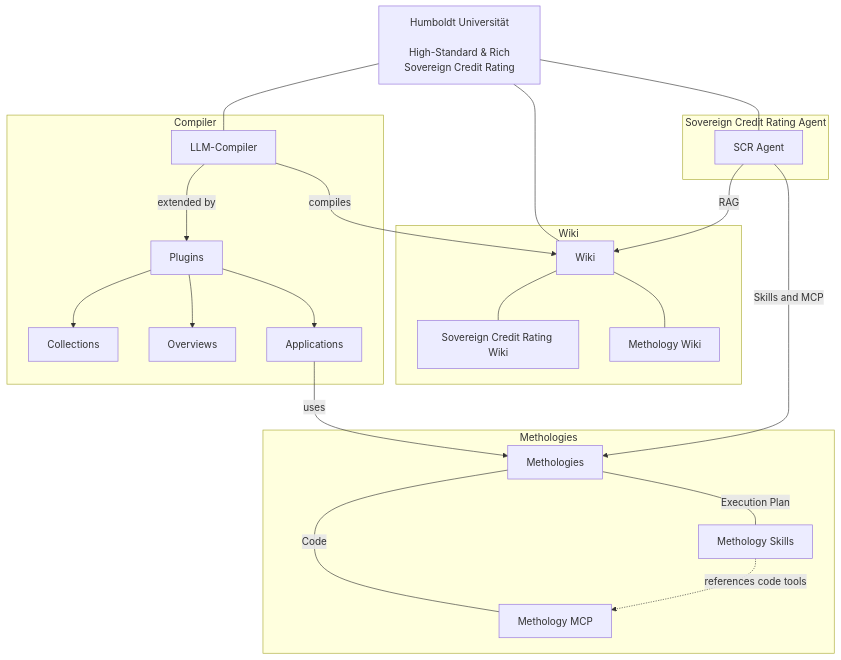
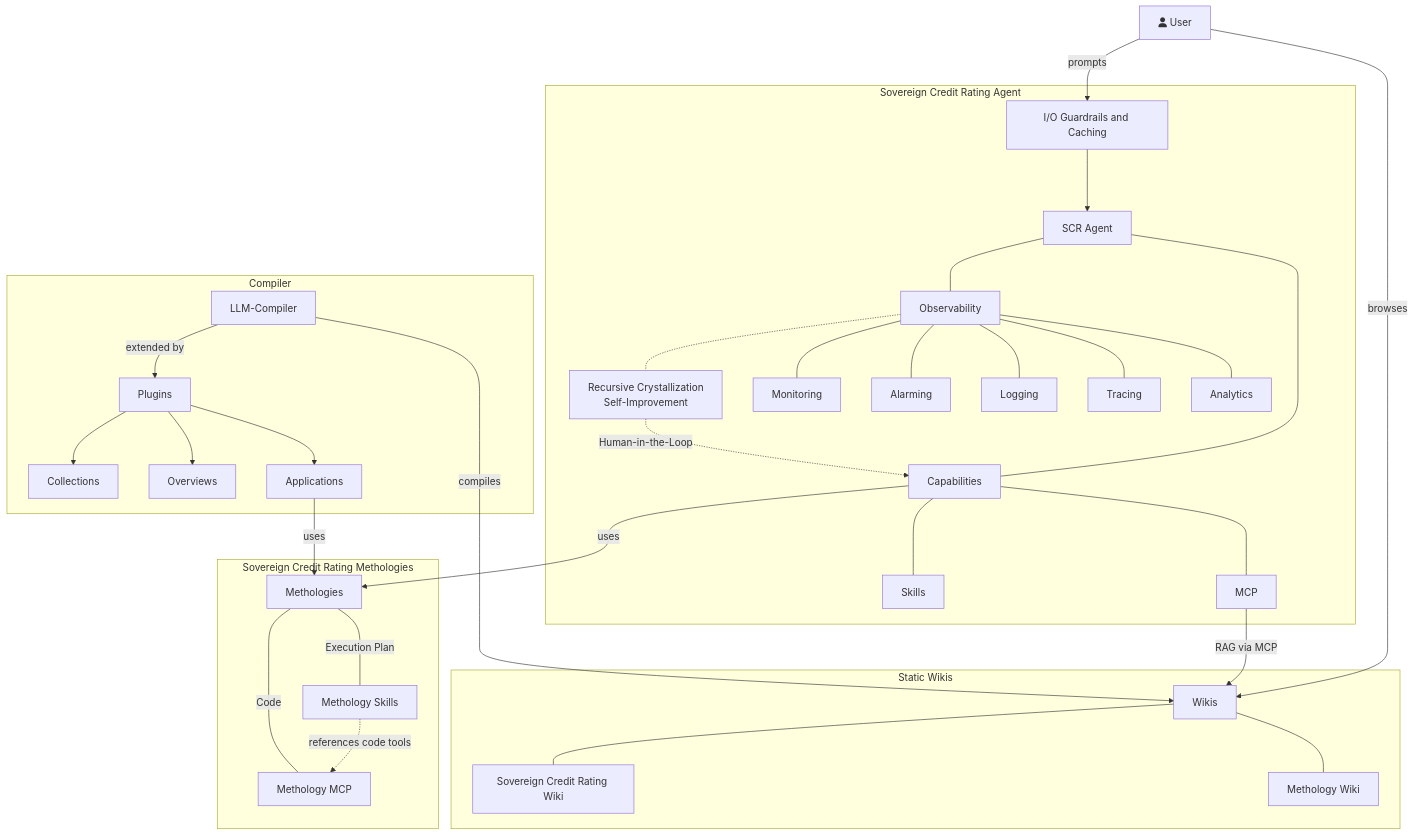
One commit to pkcpkc/sovereign-credit-rating changed the diagram in README.md. Above: the diagram before and after it, drawn with Mermaid. The commit also changed other lines of this file and 5 other files, not shown here.

Commit message:
test: add Vitest unit tests for social graph and timeline overview scripts and update project dependencies and documentation

````diff
--- a/README.md
+++ b/README.md
@@ -5,48 +5,60 @@
 ```mermaid
 flowchart TD
-    HSR[Humboldt Universität\n\n High-Standard & Rich Sovereign Credit Rating]
-
     C[LLM-Compiler]
     P[Plugins]
     PC[Collections]
     PO[Overviews]
     PA[Applications]
 
-    W[Wiki]
+    W[Wikis]
 
     A[SCR Agent]
+    AO[Observability]
+    AC[Capabilities]
+    AS[Skills]
+    AMCP[MCP]
+    AG[I/O Guardrails and Caching]
 
     M[Methologies]
     MS[Methology Skills]
     MC[Methology MCP]
 
-
-    HSR --- C
-    HSR --- W
-    HSR --- A
-
-    subgraph Wiki
+    subgraph Static Wikis
         W --- SCRW[Sovereign Credit Rating Wiki]
         W --- MW[Methology Wiki]
     end
 
-    subgraph Methologies
+    subgraph Sovereign Credit Rating Methologies
         M-- Execution Plan ---MS
         M-- Code ---MC
         MS-. references code tools .->MC
     end
 
     subgraph Compiler
         C-- extended by -->P
         P-->PC
         P-->PO
         P-->PA
         PA-- uses -->M
         C-- compiles -->W
     end
 
     subgraph Sovereign Credit Rating Agent
-        A-- RAG-->W
-        A-- Skills and MCP -->M
+        AG ---> A
+        AMCP--RAG via MCP-->W
+        A---AO
+        AO-.-RC[Recursive Crystallization\nSelf-Improvement]-.Human-in-the-Loop.->AC
+        A---AC
+        AC---AS
+        AC---AMCP
+        AC--uses-->M
+        AO --- Monitoring
+        AO --- Alarming
+        AO --- Logging
+        AO --- Tracing
+        AO --- Analytics
     end
+
+    User["fa:fa-user User"] -- prompts --> AG
+    User -- browses --> W
 ```
````
